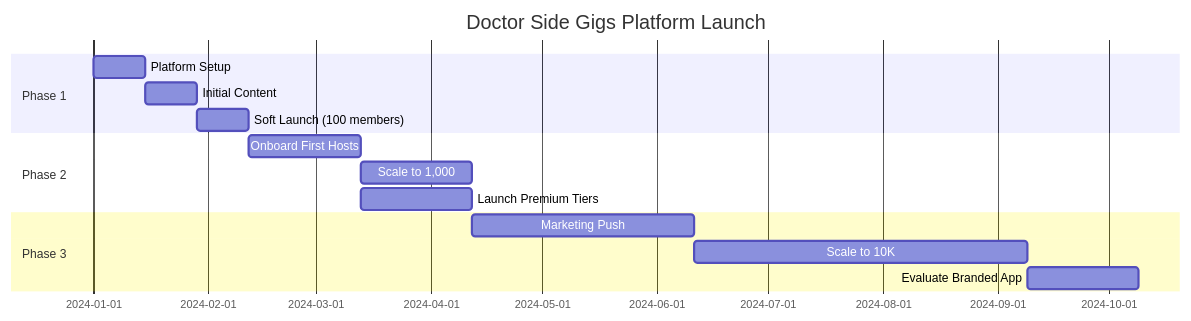
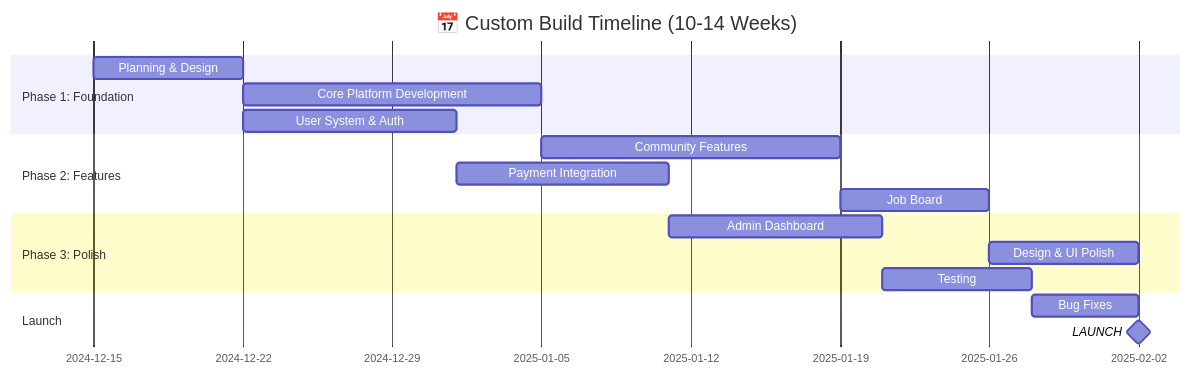
One commit to hammadxcm/facebook-group-integration-guide changed the tenth of 14 diagrams in README.md. Above: the diagram before and after it, drawn with Mermaid. The commit also changed other lines of this file and 4 other files, not shown here.

First line of the commit message:
Add comprehensive documentation for Doctor Side Gigs platform

````diff
--- a/README.md
+++ b/README.md
@@ -1587,17 +390,24 @@
 ```mermaid
 gantt
-    title Doctor Side Gigs Platform Launch
+    title 📅 Custom Build Timeline (10-14 Weeks)
     dateFormat  YYYY-MM-DD
-    section Phase 1
-    Platform Setup           :p1, 2024-01-01, 14d
-    Initial Content          :p2, after p1, 14d
-    Soft Launch (100 members):p3, after p2, 14d
-    section Phase 2
-    Onboard First Hosts      :p4, after p3, 30d
-    Scale to 1,000           :p5, after p4, 30d
-    Launch Premium Tiers     :p6, after p4, 30d
-    section Phase 3
-    Marketing Push           :p7, after p6, 60d
-    Scale to 10K             :p8, after p7, 90d
-    Evaluate Branded App     :p9, after p8, 30d
+
+    section Phase 1: Foundation
+    Planning & Design           :p1, 2024-12-15, 7d
+    Core Platform Development   :p2, after p1, 14d
+    User System & Auth          :p3, after p1, 10d
+
+    section Phase 2: Features
+    Community Features          :p4, after p2, 14d
+    Payment Integration         :p5, after p3, 10d
+    Job Board                   :p6, after p4, 7d
+
+    section Phase 3: Polish
+    Admin Dashboard             :p7, after p5, 10d
+    Design & UI Polish          :p8, after p6, 7d
+    Testing                     :p9, after p7, 7d
+
+    section Launch
+    Bug Fixes                   :p10, after p9, 5d
+    LAUNCH                      :milestone, launch, after p10, 0d
 ```
````
